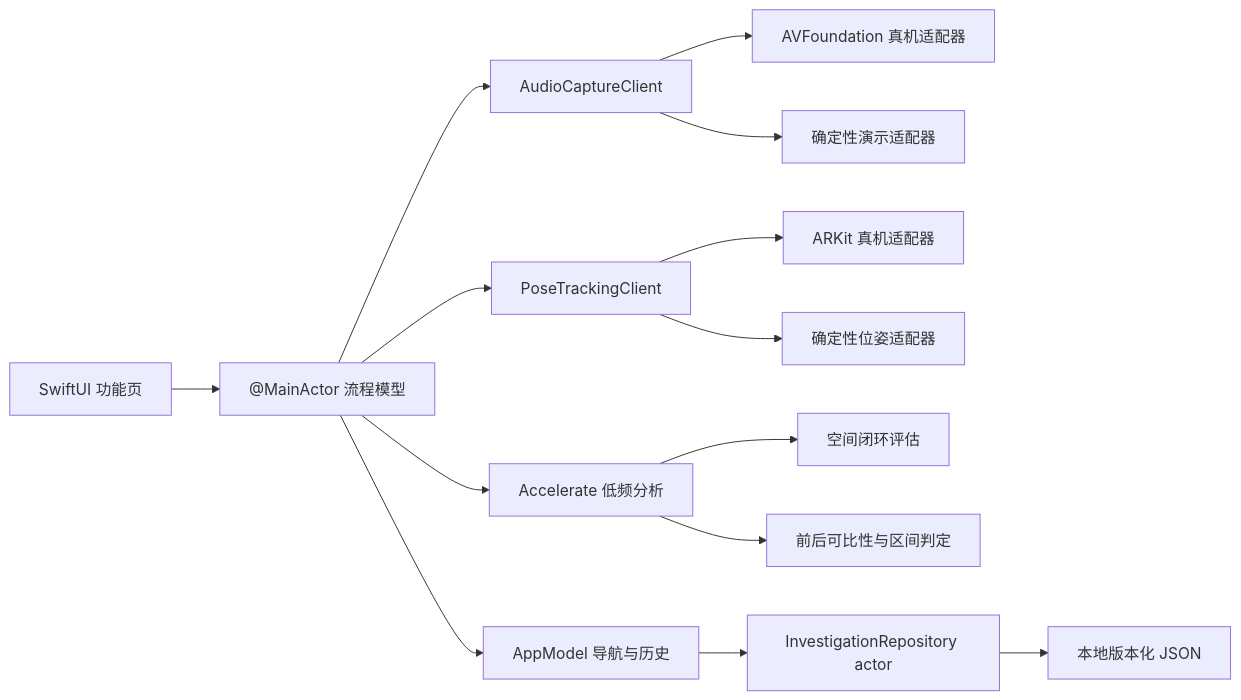
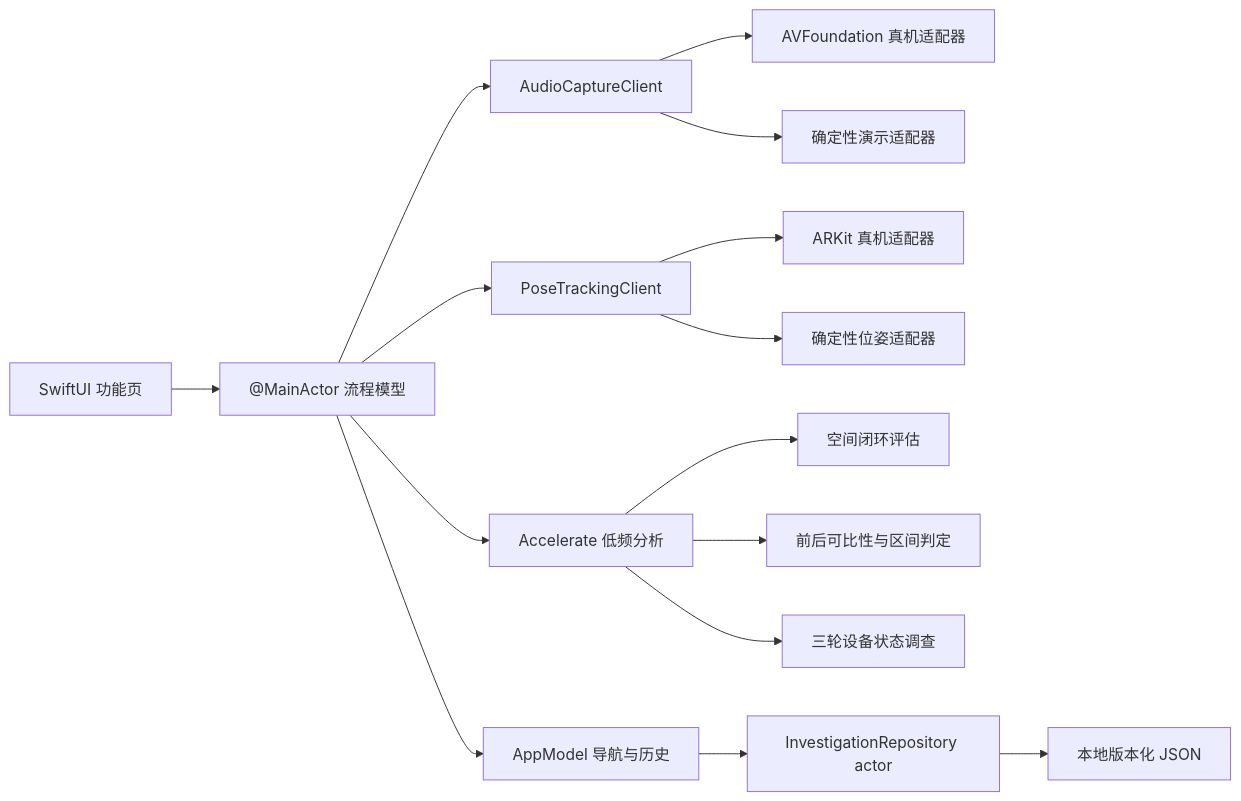
One commit to NeapolitanIcecream/pocket-acoustic-analyst changed the diagram in docs/ARCHITECTURE.md. Above: the diagram before and after it, drawn with Mermaid. The commit also changed other lines of this file and 28 other files, not shown here.

````diff
--- a/docs/ARCHITECTURE.md
+++ b/docs/ARCHITECTURE.md
@@ -7,16 +7,17 @@
 ```mermaid
 flowchart LR
     UI["SwiftUI 功能页"] --> VM["@MainActor 流程模型"]
     VM --> AC["AudioCaptureClient"]
     VM --> PC["PoseTrackingClient"]
     AC --> AV["AVFoundation 真机适配器"]
     AC --> DA["确定性演示适配器"]
     PC --> AR["ARKit 真机适配器"]
     PC --> DP["确定性位姿适配器"]
     VM --> DSP["Accelerate 低频分析"]
     DSP --> SE["空间闭环评估"]
     DSP --> MC["前后可比性与区间判定"]
+    DSP --> SI["三轮设备状态调查"]
     VM --> APP["AppModel 导航与历史"]
     APP --> REPO["InvestigationRepository actor"]
     REPO --> JSON["本地版本化 JSON"]
 ```
````
